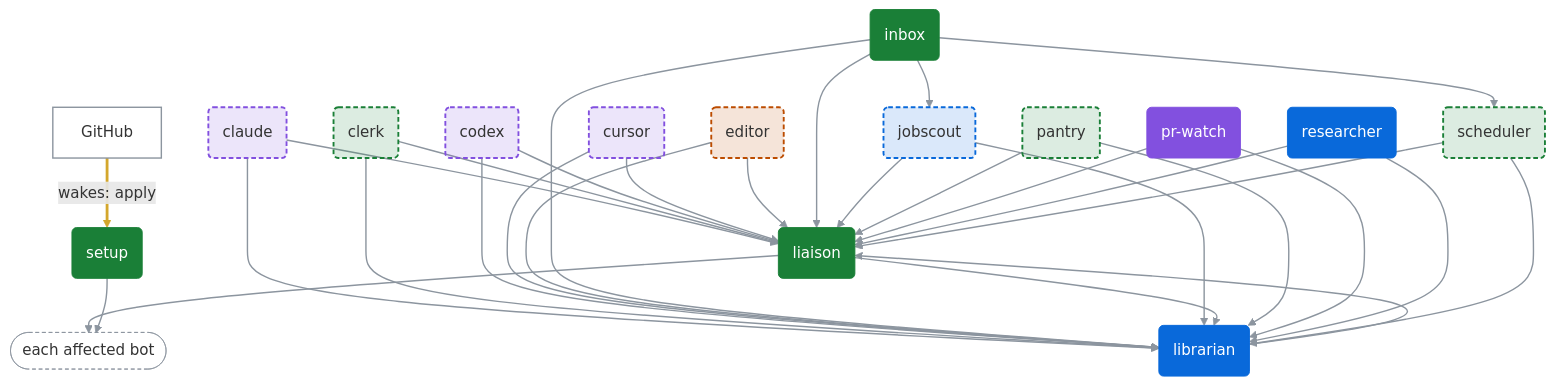
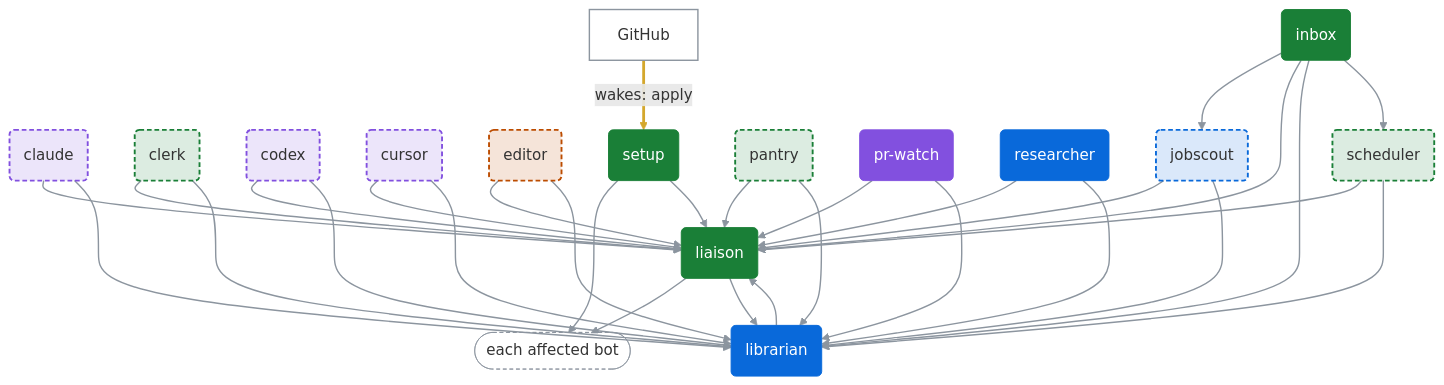
The first of 2 diagrams in docs/bot-chart.md (dfakkeldy/fakkelbot), drawn with Mermaid before and after one commit. The commit also changed other lines of this file, not shown here.

Commit message:
docs(chart): regenerate the bot chart after PR 15 (#16)
Adds the setup -> liaison arrow from the new apply line in setup's
brief. Generated by scripts/bot_chart.py with no other change.

````diff
--- a/docs/bot-chart.md
+++ b/docs/bot-chart.md
@@ -13,69 +13,70 @@
 ```mermaid
 %%{init: {"flowchart": {"curve": "basis"}}}%%
 flowchart TB
     bot_claude("claude")
     bot_clerk("clerk")
     bot_codex("codex")
     bot_cursor("cursor")
     bot_editor("editor")
     bot_inbox("inbox")
     bot_jobscout("jobscout")
     bot_liaison("liaison")
     bot_librarian("librarian")
     bot_pantry("pantry")
     bot_pr_watch("pr-watch")
     bot_researcher("researcher")
     bot_scheduler("scheduler")
     bot_setup("setup")
     fan_each_affected_bot(["each affected bot"])
     sys_github["GitHub"]
     bot_claude --> bot_liaison
     bot_claude --> bot_librarian
     bot_clerk --> bot_liaison
     bot_clerk --> bot_librarian
     bot_codex --> bot_liaison
     bot_codex --> bot_librarian
     bot_cursor --> bot_liaison
     bot_cursor --> bot_librarian
     bot_editor --> bot_liaison
     bot_editor --> bot_librarian
     bot_inbox --> bot_jobscout
     bot_inbox --> bot_liaison
     bot_inbox --> bot_librarian
     bot_inbox --> bot_scheduler
     bot_jobscout --> bot_liaison
     bot_jobscout --> bot_librarian
     bot_liaison --> fan_each_affected_bot
     bot_liaison --> bot_librarian
     bot_librarian --> bot_liaison
     bot_pantry --> bot_liaison
     bot_pantry --> bot_librarian
     bot_pr_watch --> bot_liaison
     bot_pr_watch --> bot_librarian
     bot_researcher --> bot_liaison
     bot_researcher --> bot_librarian
     bot_scheduler --> bot_liaison
     bot_scheduler --> bot_librarian
     bot_setup --> fan_each_affected_bot
+    bot_setup --> bot_liaison
     sys_github ==>|"wakes: apply"| bot_setup
     classDef builders_optional fill:#8250df26,stroke:#8250df,stroke-width:2px,stroke-dasharray:5 3
     class bot_claude,bot_codex,bot_cursor builders_optional
     classDef daily_life_optional fill:#1a7f3726,stroke:#1a7f37,stroke-width:2px,stroke-dasharray:5 3
     class bot_clerk,bot_pantry,bot_scheduler daily_life_optional
     classDef content_optional fill:#bc4c0026,stroke:#bc4c00,stroke-width:2px,stroke-dasharray:5 3
     class bot_editor content_optional
     classDef daily_life fill:#1a7f37,stroke:#1a7f37,color:#ffffff
     class bot_inbox,bot_liaison,bot_setup daily_life
     classDef work_optional fill:#0969da26,stroke:#0969da,stroke-width:2px,stroke-dasharray:5 3
     class bot_jobscout work_optional
     classDef work fill:#0969da,stroke:#0969da,color:#ffffff
     class bot_librarian,bot_researcher work
     classDef builders fill:#8250df,stroke:#8250df,color:#ffffff
     class bot_pr_watch builders
     classDef system fill:transparent,stroke:#8c959f,stroke-width:1.5px
     class sys_github system
     classDef fan_out fill:transparent,stroke:#8c959f,stroke-dasharray:4 3
     class fan_each_affected_bot fan_out
-    linkStyle 0,1,2,3,4,5,6,7,8,9,10,11,12,13,14,15,16,17,18,19,20,21,22,23,24,25,26,27 stroke:#8c959f,stroke-width:1.5px
-    linkStyle 28 stroke:#d4a72c,stroke-width:3px
+    linkStyle 0,1,2,3,4,5,6,7,8,9,10,11,12,13,14,15,16,17,18,19,20,21,22,23,24,25,26,27,28 stroke:#8c959f,stroke-width:1.5px
+    linkStyle 29 stroke:#d4a72c,stroke-width:3px
 ```
````
